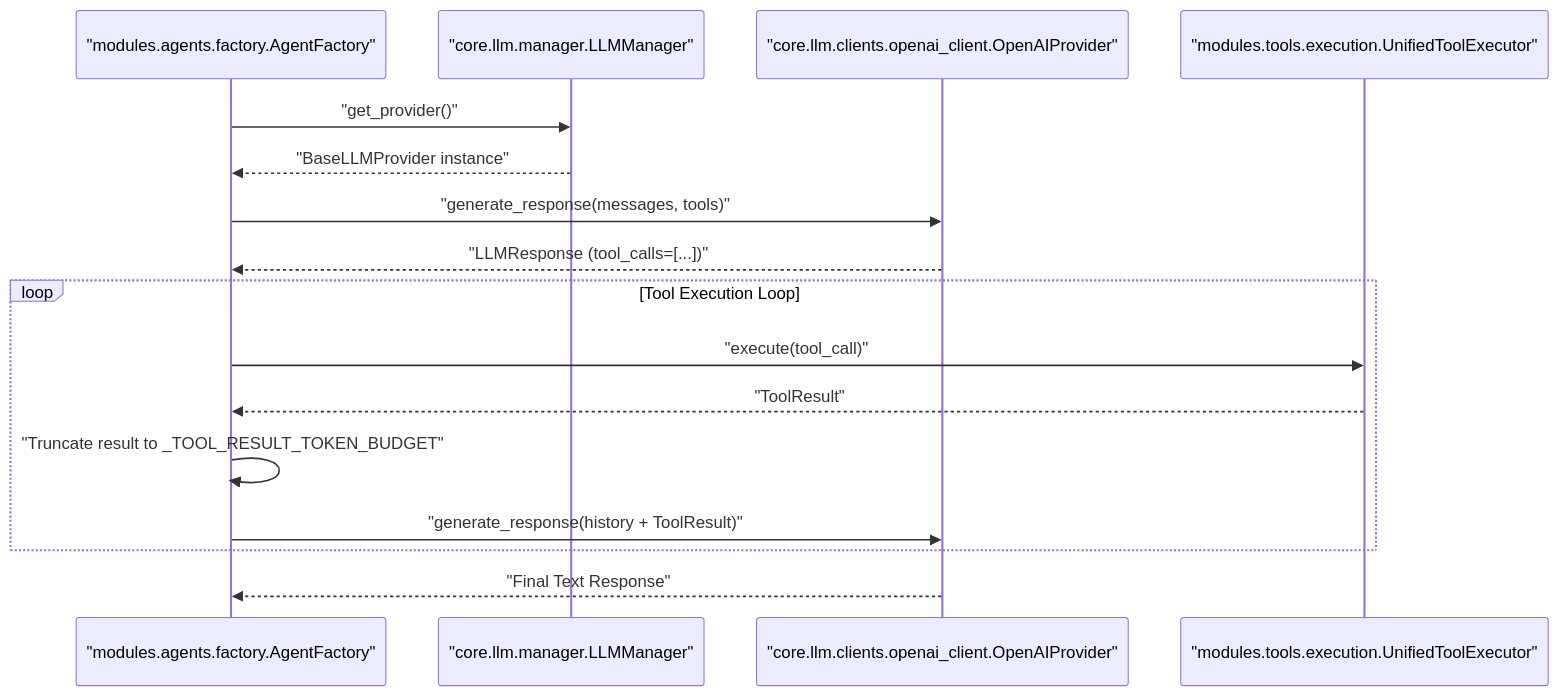
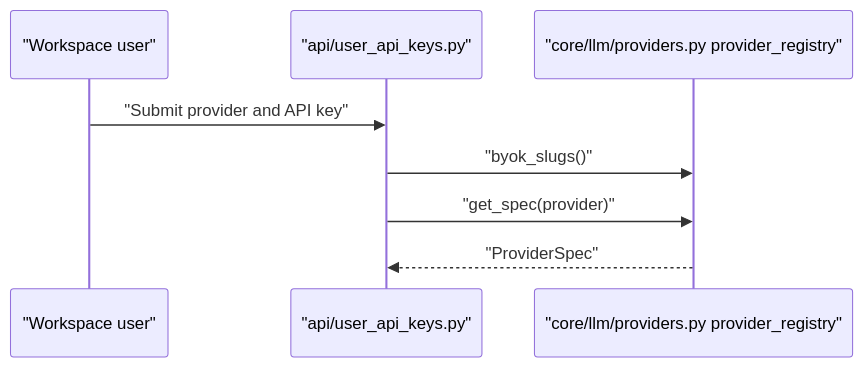
One commit to AutomatosAI/automatos-ai changed the third of 3 diagrams in docs/agents/llm-provider-management.md. Above: the diagram before and after it, drawn with Mermaid. The commit also changed other lines of this file and 188 other files, not shown here.

First line of the commit message:
docs: refresh architecture docs and add coverage for new subsystems (#1416)

````diff
--- a/docs/agents/llm-provider-management.md
+++ b/docs/agents/llm-provider-management.md
@@ -173,19 +223,11 @@
 ```mermaid
 sequenceDiagram
-    participant AgentFactory as "modules.agents.factory.AgentFactory"
-    participant LLMManager as "core.llm.manager.LLMManager"
-    participant OpenAIClient as "core.llm.clients.openai_client.OpenAIProvider"
-    participant ToolExecutor as "modules.tools.execution.UnifiedToolExecutor"
-    
-    AgentFactory->>LLMManager: "get_provider()"
-    LLMManager-->>AgentFactory: "BaseLLMProvider instance"
-    AgentFactory->>OpenAIClient: "generate_response(messages, tools)"
-    OpenAIClient-->>AgentFactory: "LLMResponse (tool_calls=[...])"
-    loop Tool Execution Loop
-        AgentFactory->>ToolExecutor: "execute(tool_call)"
-        ToolExecutor-->>AgentFactory: "ToolResult"
-        AgentFactory->>AgentFactory: "Truncate result to _TOOL_RESULT_TOKEN_BUDGET"
-        AgentFactory->>OpenAIClient: "generate_response(history + ToolResult)"
-    end
-    OpenAIClient-->>AgentFactory: "Final Text Response"
+    participant User as "Workspace user"
+    participant Keys as "api/user_api_keys.py"
+    participant Registry as "core/llm/providers.py provider_registry"
+
+    User->>Keys: "Submit provider and API key"
+    Keys->>Registry: "byok_slugs()"
+    Keys->>Registry: "get_spec(provider)"
+    Registry-->>Keys: "ProviderSpec"
 ```
````
